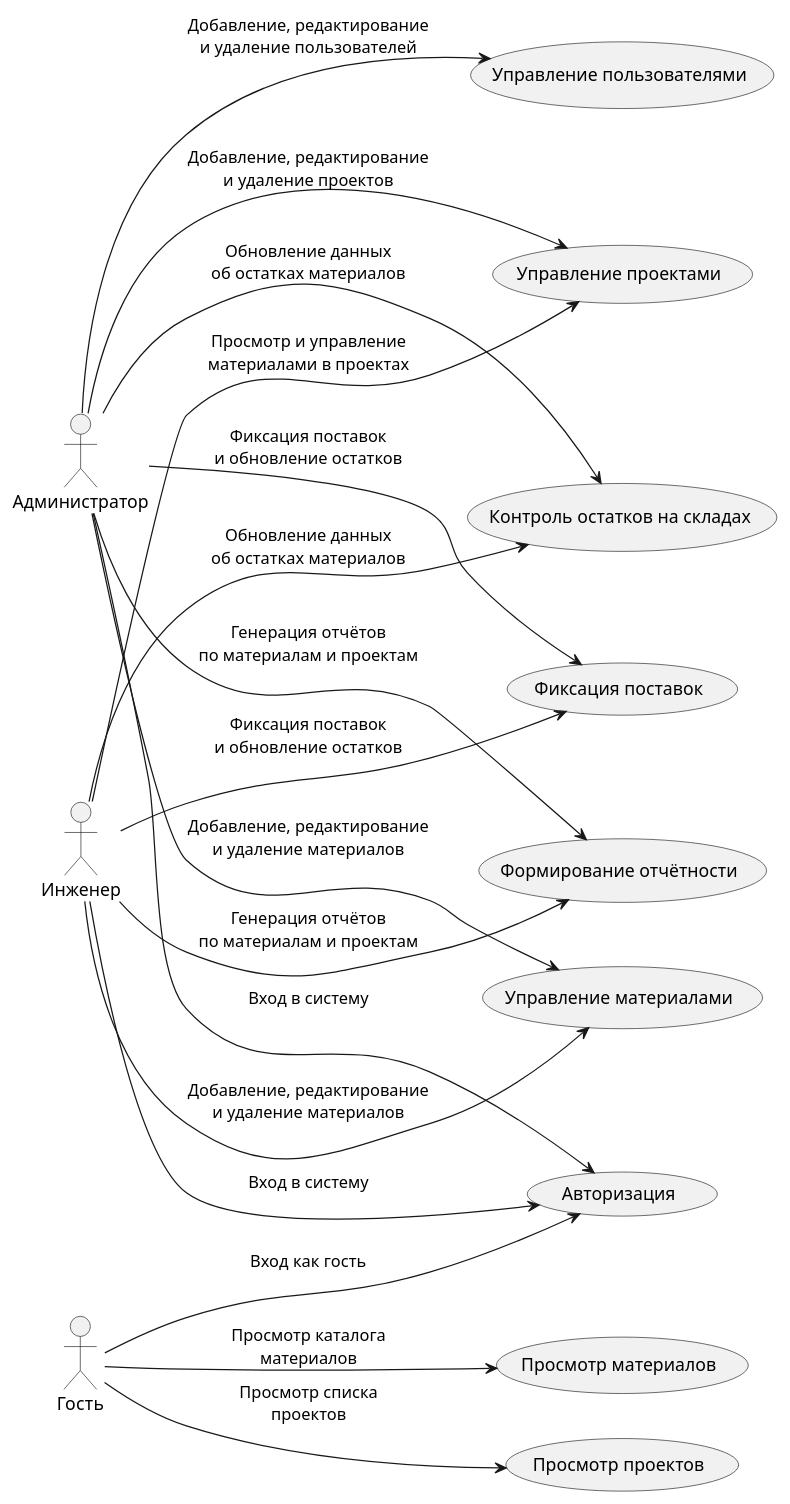
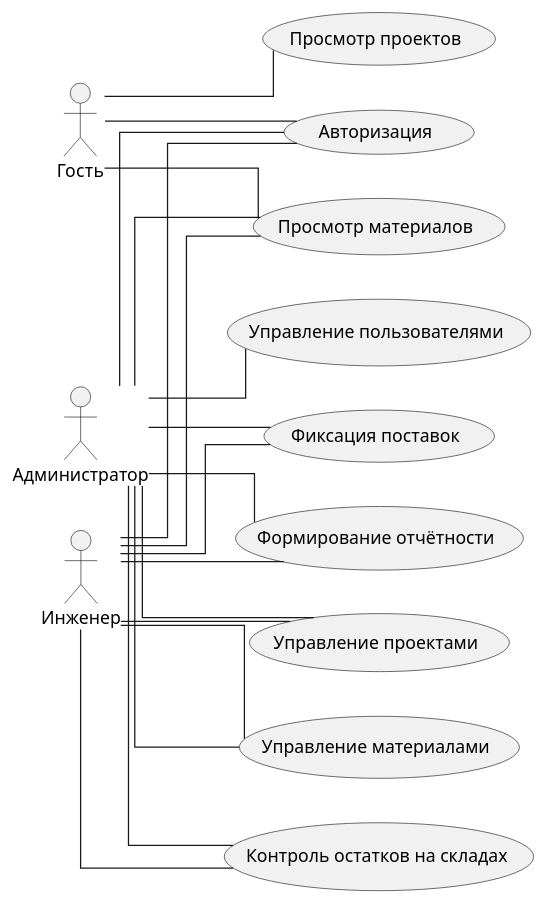
Before and after one commit to koreevmi/UP01: the diagram in README.md, drawn with PlantUML.

```diff
--- a/README.md
+++ b/README.md
@@ -1,44 +1,49 @@
 @startuml
 
 ' Направление диаграммы: актёры слева, варианты использования справа
 left to right direction
+
+' Настройка для прямых линий
+skinparam linetype ortho
 
 ' Определение актёров
 actor Администратор as Admin
 actor Инженер as Engineer
 actor Гость as Guest
 
 ' Определение вариантов использования
-usecase "Авторизация" as Auth
+usecase Авторизация as Auth
 usecase "Управление пользователями" as UserManagement
 usecase "Управление материалами" as MaterialManagement
+usecase "Просмотр материалов" as ViewMaterials
 usecase "Контроль остатков на складах" as StockControl
 usecase "Фиксация поставок" as SupplyFixation
 usecase "Формирование отчётности" as ReportGeneration
-usecase "Просмотр материалов" as ViewMaterials
 usecase "Просмотр проектов" as ViewProjects
 usecase "Управление проектами" as ProjectManagement
 
 ' Связи для Администратора
-Admin --> Auth : "Вход в систему"
-Admin --> UserManagement : "Добавление, редактирование\nи удаление пользователей"
-Admin --> MaterialManagement : "Добавление, редактирование\nи удаление материалов"
-Admin --> StockControl : "Обновление данных\nоб остатках материалов"
-Admin --> SupplyFixation : "Фиксация поставок\nи обновление остатков"
-Admin --> ReportGeneration : "Генерация отчётов\nпо материалам и проектам"
-Admin --> ProjectManagement : "Добавление, редактирование\nи удаление проектов"
+Admin -- Auth
+Admin -- UserManagement
+Admin -- MaterialManagement
+Admin -- ViewMaterials
+Admin -- StockControl
+Admin -- SupplyFixation
+Admin -- ReportGeneration
+Admin -- ProjectManagement
 
 ' Связи для Инженера
-Engineer --> Auth : "Вход в систему"
-Engineer --> MaterialManagement : "Добавление, редактирование\nи удаление материалов"
-Engineer --> StockControl : "Обновление данных\nоб остатках материалов"
-Engineer --> SupplyFixation : "Фиксация поставок\nи обновление остатков"
-Engineer --> ReportGeneration : "Генерация отчётов\nпо материалам и проектам"
-Engineer --> ProjectManagement : "Просмотр и управление\nматериалами в проектах"
+Engineer -- Auth
+Engineer -- MaterialManagement
+Engineer -- ViewMaterials
+Engineer -- StockControl
+Engineer -- SupplyFixation
+Engineer -- ReportGeneration
+Engineer -- ProjectManagement
 
 ' Связи для Гостя
-Guest --> Auth : "Вход как гость"
-Guest --> ViewMaterials : "Просмотр каталога\nматериалов"
-Guest --> ViewProjects : "Просмотр списка\nпроектов"
+Guest -- Auth
+Guest -- ViewMaterials
+Guest -- ViewProjects
 
 @enduml
```
